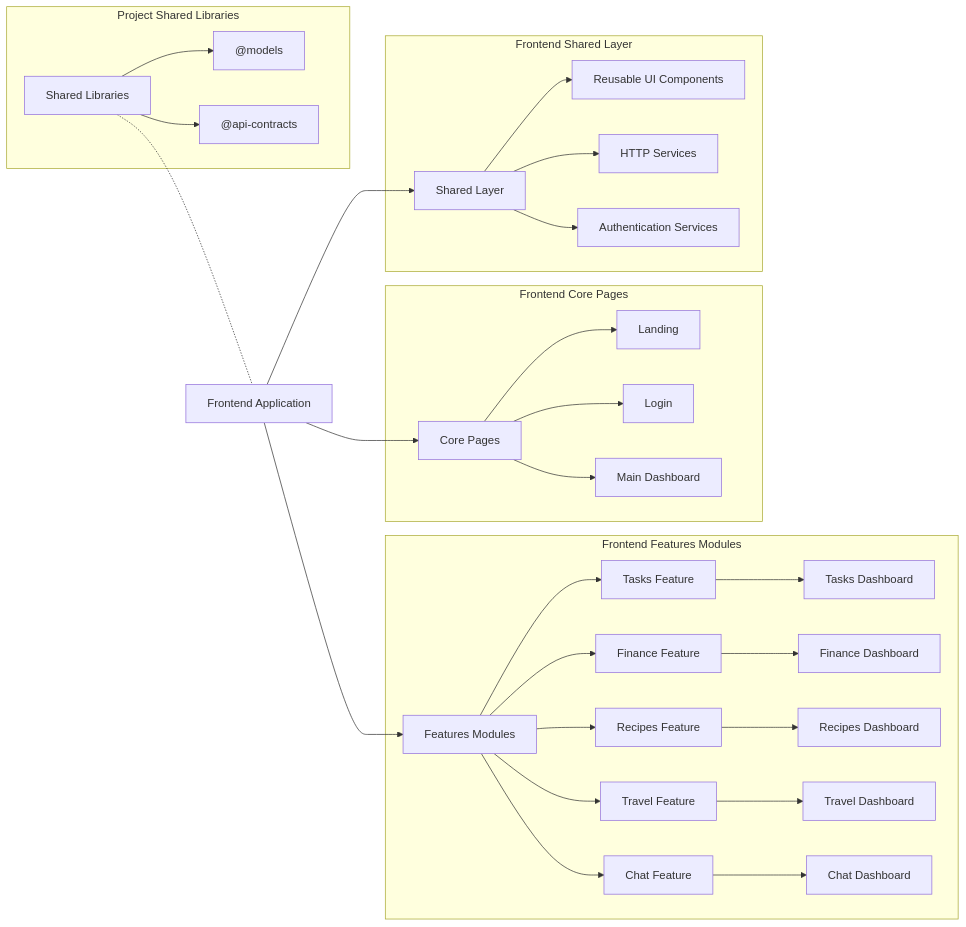
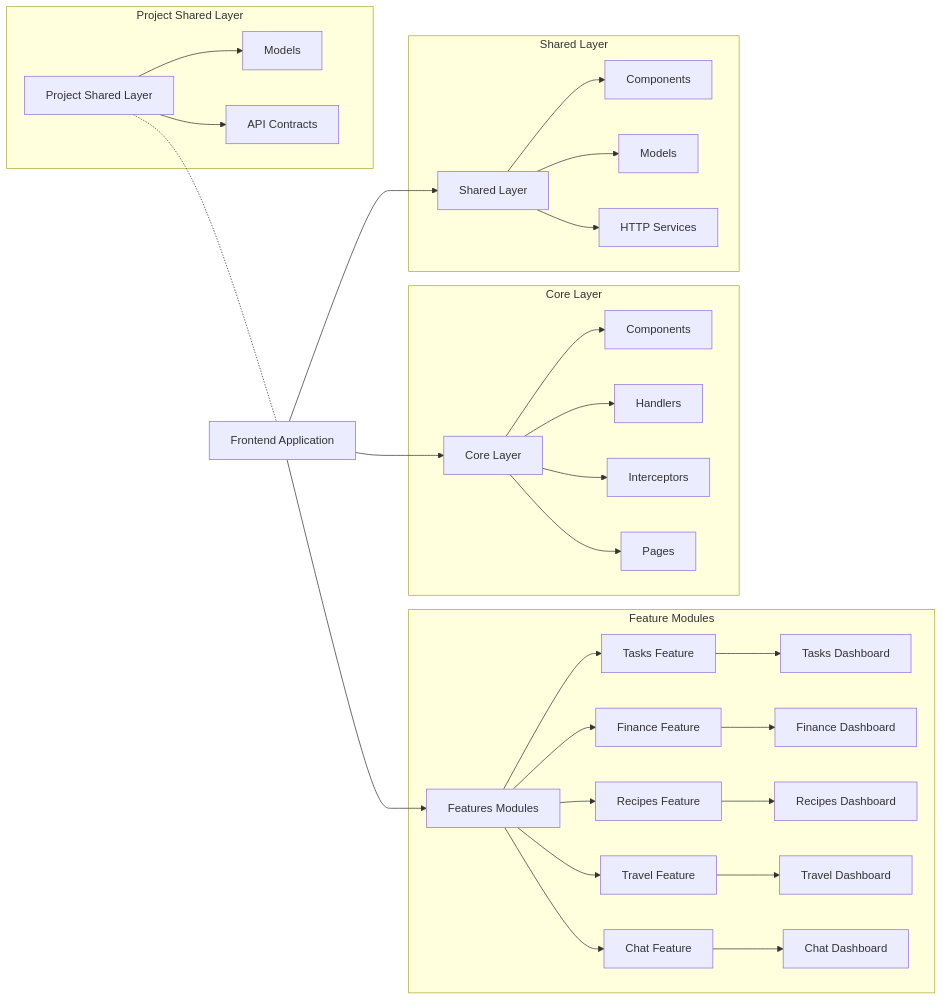
Before and after one commit to lucas9005/productivity-hub: the diagram in docs/diagrams/frontend.md, drawn with Mermaid. The commit also changed other lines of this file and 55 other files, not shown here.

````diff
--- a/docs/diagrams/frontend.md
+++ b/docs/diagrams/frontend.md
@@ -3,39 +3,40 @@
 ```mermaid
 graph LR;
-  subgraph Project Shared Libraries
-    SharedLibs[Shared Libraries]
-    SharedLibs --> Models["@models"]
-    SharedLibs --> APIContracts["@api-contracts"]
+  subgraph Project Shared Layer
+    ProjectSharedLayer[Project Shared Layer]
+    ProjectSharedLayer --> ProjectSharedModels[Models]
+    ProjectSharedLayer --> ProjectSharedAPIContracts[API Contracts]
   end
-  SharedLibs -.- FrontendApp[Frontend Application]
+  ProjectSharedLayer -.- FrontendApp[Frontend Application]
 
   FrontendApp --> SharedLayer[Shared Layer]
-  FrontendApp --> CorePages[Core Pages]
-  FrontendApp --> FeaturesModules[Features Modules]
+  FrontendApp --> CoreLayer[Core Layer]
+  FrontendApp --> FeatureModules[Features Modules]
 
-  subgraph Frontend Features Modules
-    FeaturesModules --> TasksFeature[Tasks Feature]
-    FeaturesModules --> FinanceFeature[Finance Feature]
-    FeaturesModules --> RecipesFeature[Recipes Feature]
-    FeaturesModules --> TravelFeature[Travel Feature]
-    FeaturesModules --> ChatFeature[Chat Feature]
+  subgraph Feature Modules
+    FeatureModules --> TasksFeature[Tasks Feature]
+    FeatureModules --> FinanceFeature[Finance Feature]
+    FeatureModules --> RecipesFeature[Recipes Feature]
+    FeatureModules --> TravelFeature[Travel Feature]
+    FeatureModules --> ChatFeature[Chat Feature]
 
     TasksFeature --> TasksDashboard[Tasks Dashboard]
     FinanceFeature --> FinanceDashboard[Finance Dashboard]
     RecipesFeature --> RecipesDashboard[Recipes Dashboard]
     TravelFeature --> TravelDashboard[Travel Dashboard]
     ChatFeature --> ChatDashboard[Chat Dashboard]
   end
 
-  subgraph Frontend Core Pages
-    CorePages --> Landing[Landing]
-    CorePages --> Login[Login]
-    CorePages --> MainDashboard[Main Dashboard]
+  subgraph Core Layer
+    CoreLayer --> FECoreComponents[Components]
+    CoreLayer --> FECoreHandlers[Handlers]
+    CoreLayer --> FECoreInterceptors[Interceptors]
+    CoreLayer --> FECorePages[Pages]
   end
 
-  subgraph Frontend Shared Layer
-    SharedLayer --> UIComponents[Reusable UI Components]
-    SharedLayer --> HTTPServices[HTTP Services]
-    SharedLayer --> AuthServices[Authentication Services]
+  subgraph Shared Layer
+    SharedLayer --> FESharedComponents[Components]
+    SharedLayer --> FESharedModels[Models]
+    SharedLayer --> FESharedServices[HTTP Services]
   end
 ```
````
